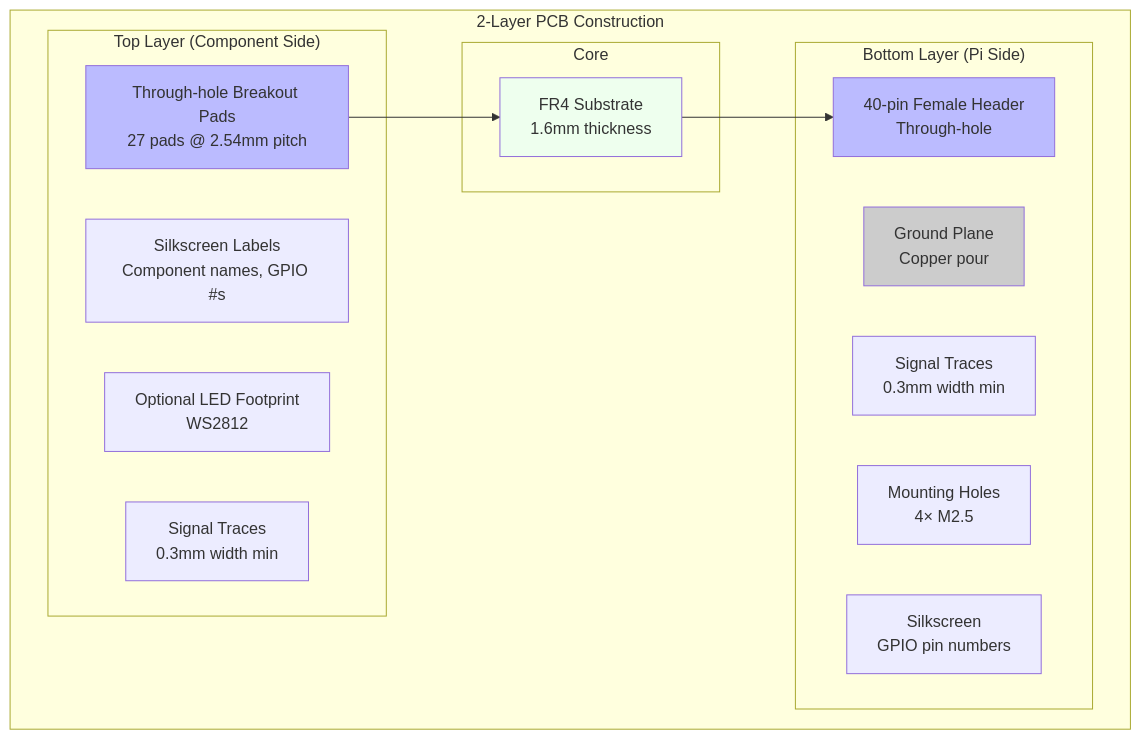
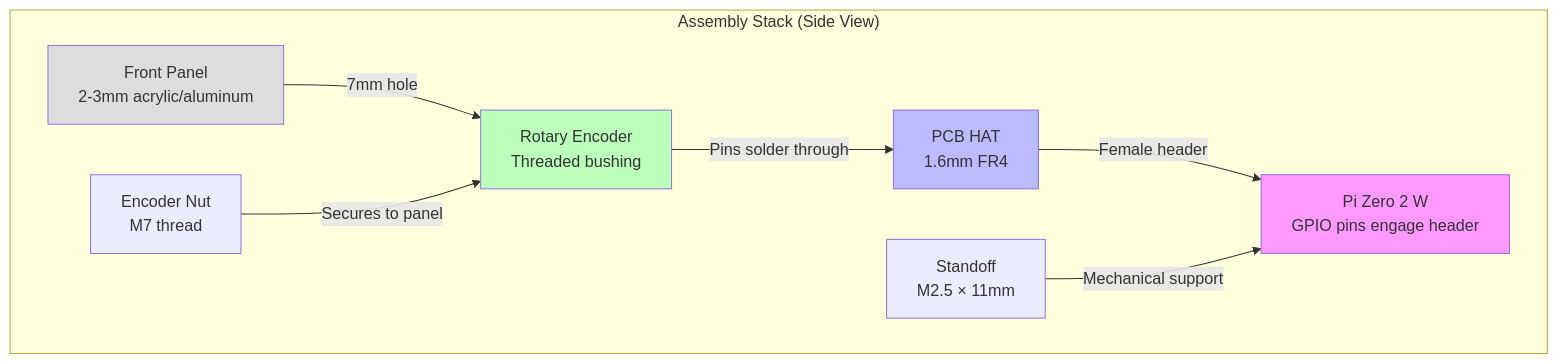
The eighth of 11 diagrams in PCB_SCHEMATIC.md (parkredding/poor-house-dub-v2), drawn with Mermaid before and after one commit. The commit also changed other lines of this file and 1 other file, not shown here.

First line of the commit message:
Update CSV and Mermaid schematics for hybrid PCB design

````diff
--- a/PCB_SCHEMATIC.md
+++ b/PCB_SCHEMATIC.md
@@ -323,31 +405,22 @@
 ```mermaid
 graph TB
-    subgraph "2-Layer PCB Construction"
-        subgraph "Top Layer (Component Side)"
-            TOP_PADS[Through-hole Breakout Pads<br/>27 pads @ 2.54mm pitch]
-            TOP_SILK[Silkscreen Labels<br/>Component names, GPIO #s]
-            TOP_LED[Optional LED Footprint<br/>WS2812]
-            TOP_TRACES[Signal Traces<br/>0.3mm width min]
-        end
-
-        subgraph "Core"
-            FR4[FR4 Substrate<br/>1.6mm thickness]
-        end
-
-        subgraph "Bottom Layer (Pi Side)"
-            BOT_HEADER[40-pin Female Header<br/>Through-hole]
-            BOT_GND[Ground Plane<br/>Copper pour]
-            BOT_TRACES[Signal Traces<br/>0.3mm width min]
-            BOT_HOLES[Mounting Holes<br/>4× M2.5]
-            BOT_SILK[Silkscreen<br/>GPIO pin numbers]
-        end
+    subgraph "Assembly Stack (Side View)"
+        PANEL[Front Panel<br/>2-3mm acrylic/aluminum]
+        NUT[Encoder Nut<br/>M7 thread]
+        ENCODER[Rotary Encoder<br/>Threaded bushing]
+        PCB[PCB HAT<br/>1.6mm FR4]
+        STANDOFF[Standoff<br/>M2.5 × 11mm]
+        PI[Pi Zero 2 W<br/>GPIO pins engage header]
     end
 
-    TOP_PADS --> FR4
-    FR4 --> BOT_HEADER
+    PANEL -->|7mm hole| ENCODER
+    NUT -->|Secures to panel| ENCODER
+    ENCODER -->|Pins solder through| PCB
+    PCB -->|Female header| PI
+    STANDOFF -->|Mechanical support| PI
 
-    style TOP_PADS fill:#bbf
-    style BOT_HEADER fill:#bbf
-    style BOT_GND fill:#ccc
-    style FR4 fill:#efe
+    style PANEL fill:#ddd
+    style ENCODER fill:#bfb
+    style PCB fill:#bbf
+    style PI fill:#f9f
 ```
````
